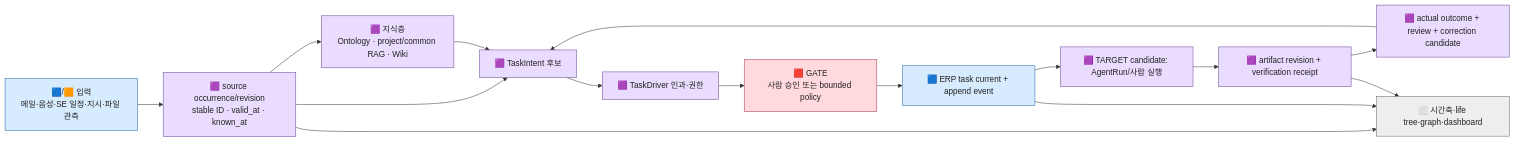
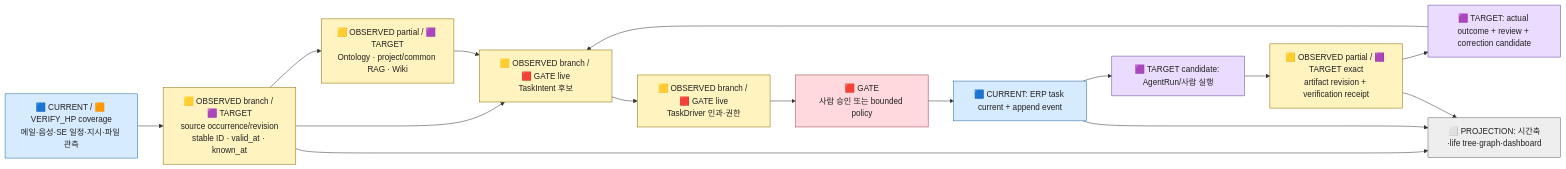
Before and after one commit to SungYongMOON/soulforge: the sixth of 11 diagrams in ui-workspace/apps/dev-erp/docs/AX_WORKSPACE_TASK_ENGINE_INTEGRATED_VALIDATION_PLAN_V0.md, drawn with Mermaid. The commit also changed other lines of this file, not shown here.

````diff
--- a/ui-workspace/apps/dev-erp/docs/AX_WORKSPACE_TASK_ENGINE_INTEGRATED_VALIDATION_PLAN_V0.md
+++ b/ui-workspace/apps/dev-erp/docs/AX_WORKSPACE_TASK_ENGINE_INTEGRATED_VALIDATION_PLAN_V0.md
@@ -406,40 +584,42 @@
 ```mermaid
 flowchart LR
-  IN["🟦/🟧 입력<br/>메일·음성·SE 일정·지시·파일 관측"]
-  REV["🟪 source occurrence/revision<br/>stable ID · valid_at · known_at"]
-  KW["🟪 지식층<br/>Ontology · project/common RAG · Wiki"]
-  INT["🟪 TaskIntent 후보"]
-  DRV["🟪 TaskDriver 인과·권한"]
+  IN["🟦 CURRENT / 🟧 VERIFY_HP coverage<br/>메일·음성·SE 일정·지시·파일 관측"]
+  REV["🟨 OBSERVED branch / 🟪 TARGET<br/>source occurrence/revision<br/>stable ID · valid_at · known_at"]
+  KW["🟨 OBSERVED partial / 🟪 TARGET<br/>Ontology · project/common RAG · Wiki"]
+  INT["🟨 OBSERVED branch / 🟥 GATE live<br/>TaskIntent 후보"]
+  DRV["🟨 OBSERVED branch / 🟥 GATE live<br/>TaskDriver 인과·권한"]
   APP["🟥 GATE<br/>사람 승인 또는 bounded policy"]
-  TASK["🟦 ERP task current + append event"]
+  TASK["🟦 CURRENT: ERP task current + append event"]
   RUN["🟪 TARGET candidate: AgentRun/사람 실행"]
-  OUT["🟪 artifact revision + verification receipt"]
-  FB["🟪 actual outcome + review + correction candidate"]
-  VIEW["⬜ 시간축·life tree·graph·dashboard"]
+  OUT["🟨 OBSERVED partial / 🟪 TARGET exact<br/>artifact revision + verification receipt"]
+  FB["🟪 TARGET: actual outcome + review + correction candidate"]
+  VIEW["⬜ PROJECTION: 시간축·life tree·graph·dashboard"]
 
   IN --> REV
   REV --> KW
   REV --> INT
   KW --> INT
   INT --> DRV
   DRV --> APP
   APP --> TASK
   TASK --> RUN
   RUN --> OUT
   OUT --> FB
   FB --> INT
   REV --> VIEW
   TASK --> VIEW
   OUT --> VIEW
 
   classDef current fill:#d7ebff,stroke:#2468a2,color:#222
+  classDef observed fill:#fff3bf,stroke:#8a6d00,color:#222
   classDef target fill:#eadcff,stroke:#67459a,color:#222
   classDef verify fill:#ffe0b2,stroke:#a85b00,color:#222
   classDef gate fill:#ffd9dd,stroke:#a23b49,color:#222
   classDef view fill:#eeeeee,stroke:#666,color:#222
   class IN current
-  class REV,KW,INT,DRV,RUN,OUT,FB target
+  class REV,KW,INT,DRV,OUT observed
+  class RUN,FB target
   class APP gate
   class TASK current
   class VIEW view
 ```
````
